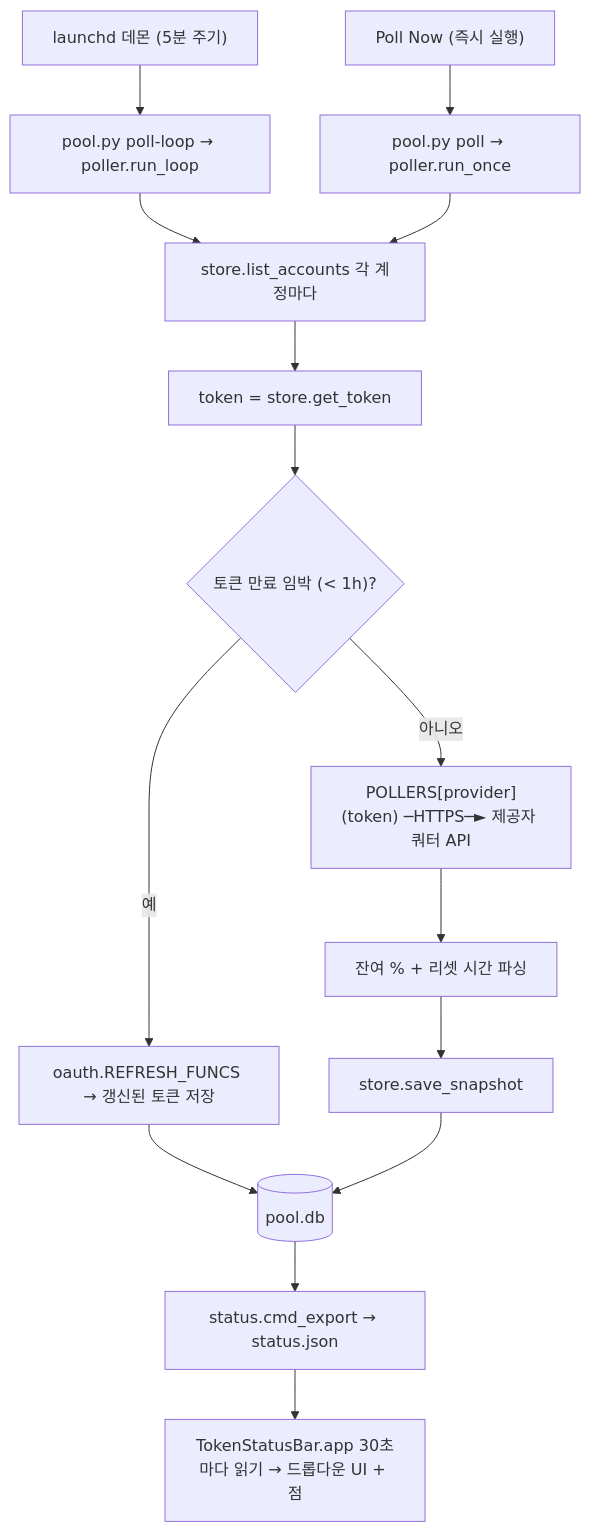
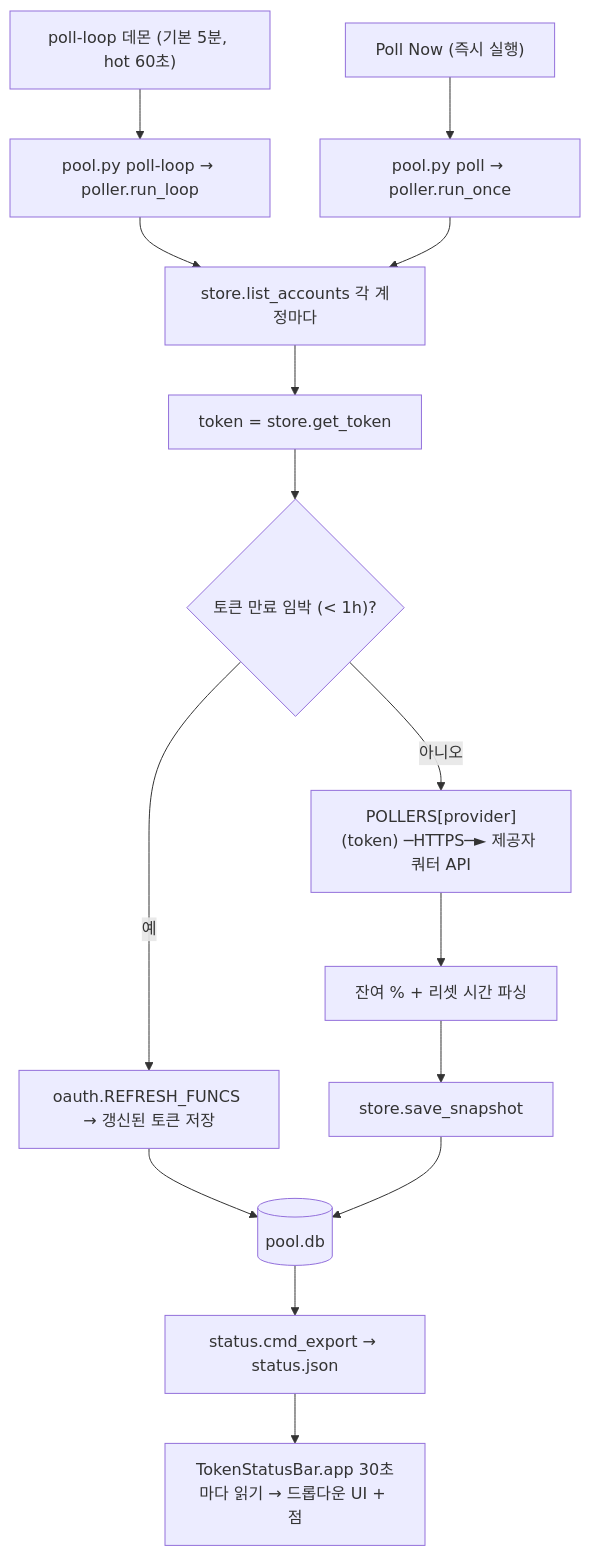
One commit to bytonylee/token-status-bar changed the third of 3 diagrams in README.ko.md. Above: the diagram before and after it, drawn with Mermaid. The commit also changed other lines of this file and 19 other files, not shown here.

````diff
--- a/README.ko.md
+++ b/README.ko.md
@@ -134,17 +139,17 @@
 ```mermaid
 flowchart TD
-    A["launchd 데몬 (5분 주기)"] --> B[pool.py poll-loop → poller.run_loop]
+    A["poll-loop 데몬 (기본 5분, hot 60초)"] --> B[pool.py poll-loop → poller.run_loop]
     C["Poll Now (즉시 실행)"] --> D[pool.py poll → poller.run_once]
     B --> E[store.list_accounts 각 계정마다]
     D --> E
     E --> F[token = store.get_token]
     F --> G{"토큰 만료 임박 (< 1h)?"}
     G -->|예| H["oauth.REFRESH_FUNCS → 갱신된 토큰 저장"]
     H --> I[(pool.db)]
     G -->|아니오| J["POLLERS[provider](token) ─HTTPS─► 제공자 쿼터 API"]
     J --> K["잔여 % + 리셋 시간 파싱"]
     K --> L[store.save_snapshot]
     L --> I
     I --> M[status.cmd_export → status.json]
     M --> N["TokenStatusBar.app 30초마다 읽기 → 드롭다운 UI + 점"]
 ```
````
